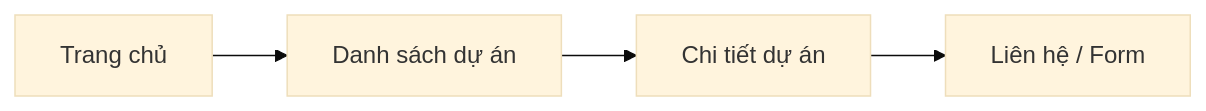
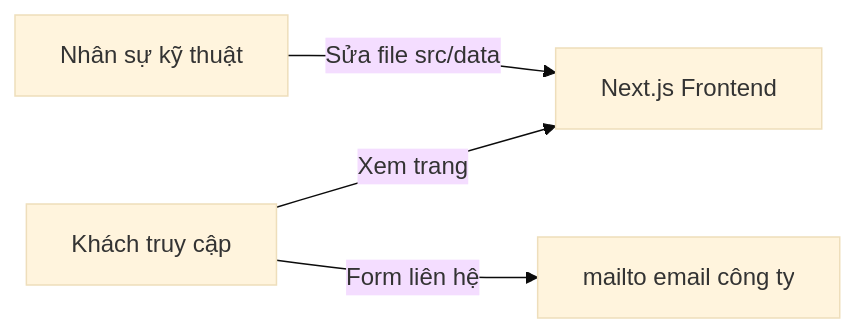
One commit to CESxMidas/thien-duc-website-frontend changed the first of 13 diagrams in docs/Bao-cao-Phuong-an-2-Website-Thien-Duc.md. Above: the diagram before and after it, drawn with Mermaid (base theme). The commit also changed other lines of this file and 23 other files, not shown here.

````diff
--- a/docs/Bao-cao-Phuong-an-2-Website-Thien-Duc.md
+++ b/docs/Bao-cao-Phuong-an-2-Website-Thien-Duc.md
@@ -65,6 +68,6 @@
 ```mermaid
 flowchart LR
-    Home[Trang chủ] --> Projects[Danh sách dự án]
-    Projects --> Detail[Chi tiết dự án]
-    Detail --> Contact[Liên hệ / Form]
+    Dev[Nhân sự kỹ thuật] -->|Sửa file src/data| FE[Next.js Frontend]
+    Khach[Khách truy cập] -->|Xem trang| FE
+    Khach -->|Form liên hệ| Mail[mailto email công ty]
 ```
````
